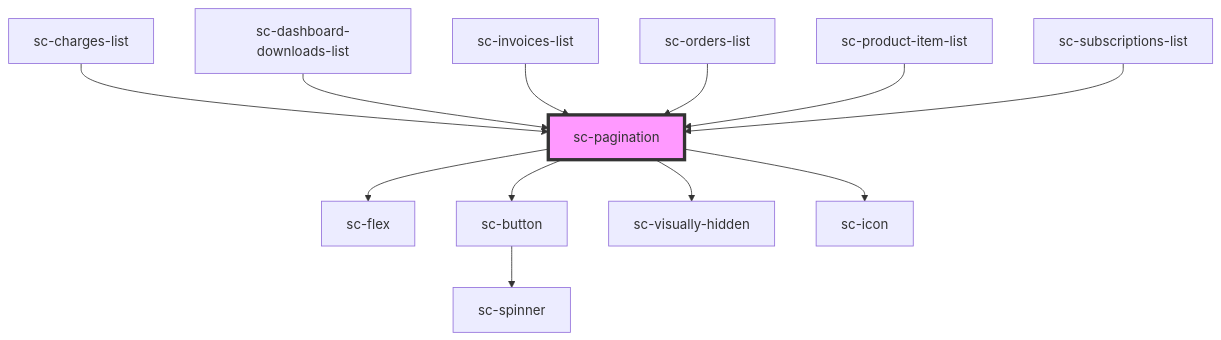
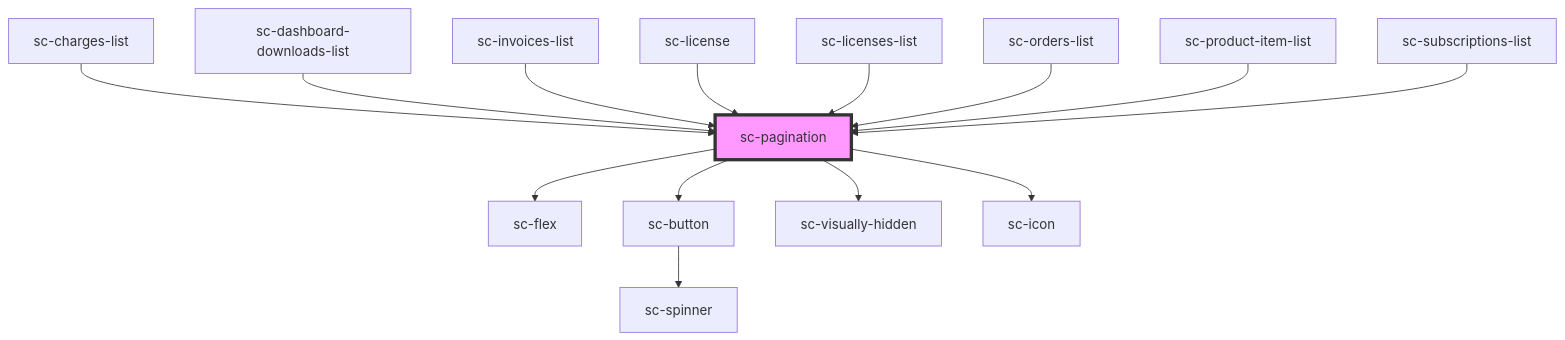
One commit to surecart/surecart-wp-plugin changed the diagram in packages/components/src/components/ui/pagination/readme.md. Above: the diagram before and after it, drawn with Mermaid. The commit also changed other lines of this file and 4 other files, not shown here.

````diff
--- a/packages/components/src/components/ui/pagination/readme.md
+++ b/packages/components/src/components/ui/pagination/readme.md
@@ -46,15 +48,17 @@
 ```mermaid
 graph TD;
   sc-pagination --> sc-flex
   sc-pagination --> sc-button
   sc-pagination --> sc-visually-hidden
   sc-pagination --> sc-icon
   sc-button --> sc-spinner
   sc-charges-list --> sc-pagination
   sc-dashboard-downloads-list --> sc-pagination
   sc-invoices-list --> sc-pagination
+  sc-license --> sc-pagination
+  sc-licenses-list --> sc-pagination
   sc-orders-list --> sc-pagination
   sc-product-item-list --> sc-pagination
   sc-subscriptions-list --> sc-pagination
   style sc-pagination fill:#f9f,stroke:#333,stroke-width:4px
 ```
````
